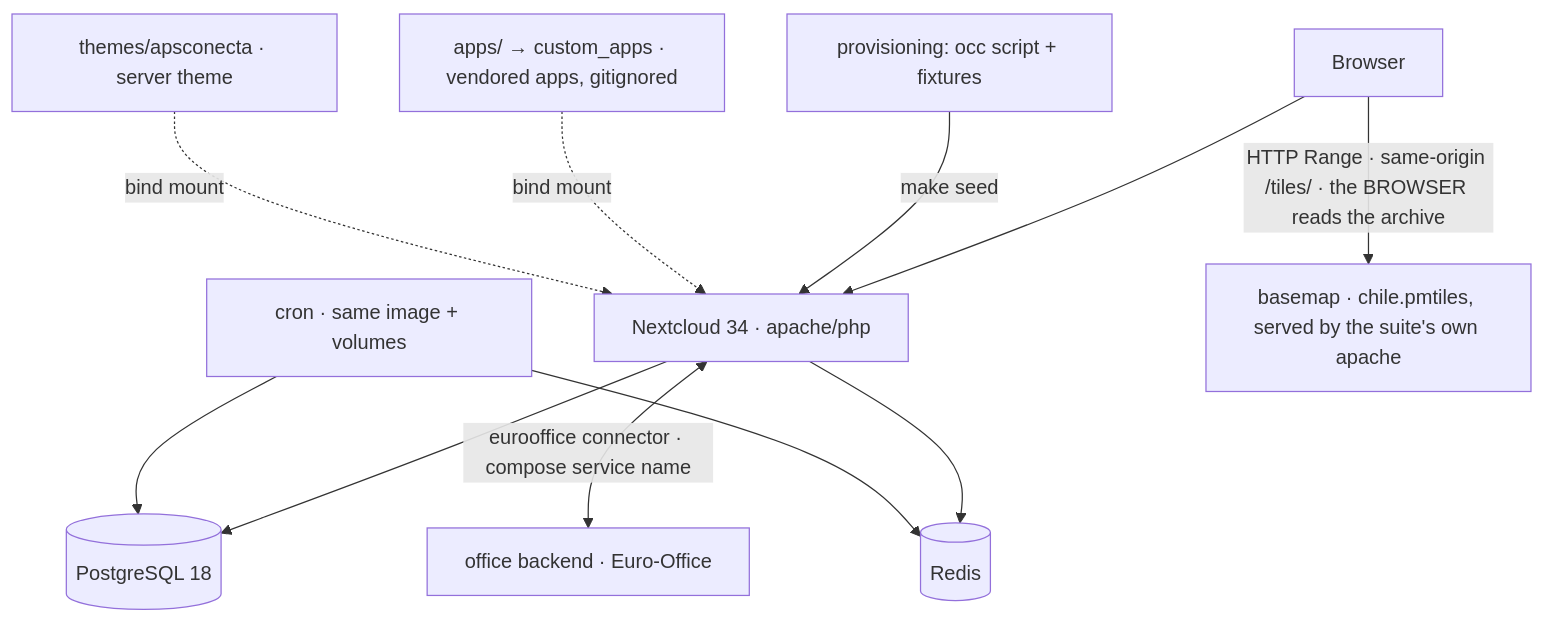
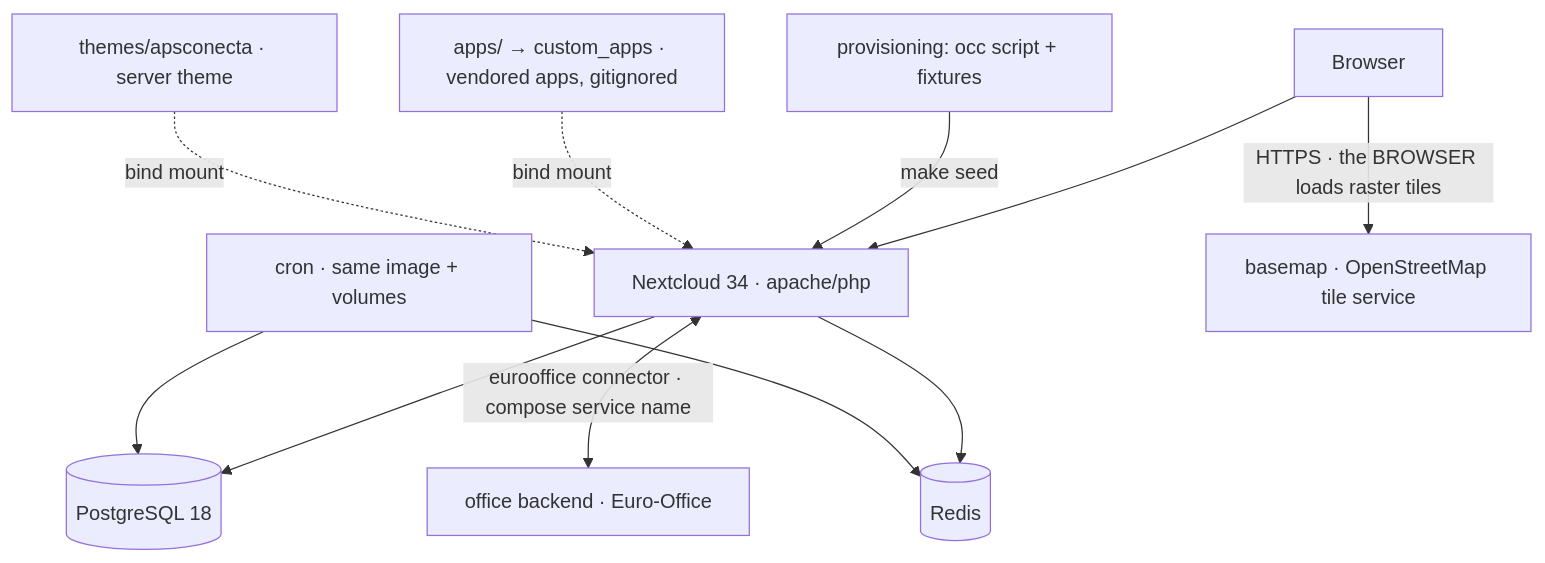
Before and after one commit to APS-Conecta/gestion: the first of 2 diagrams in docs/ARCHITECTURE.md, drawn with Mermaid. The commit also changed other lines of this file and 7 other files, not shown here.

First line of the commit message:
docs: the basemap is OpenStreetMap's tile service, not a self-hosted archive

````diff
--- a/docs/ARCHITECTURE.md
+++ b/docs/ARCHITECTURE.md
@@ -74,13 +74,13 @@
 ```mermaid
 graph TD
   B[Browser] --> NC[Nextcloud 34 · apache/php]
   NC --> PG[(PostgreSQL 18)]
   NC --> R[(Redis)]
   CR[cron · same image + volumes] --> PG
   CR --> R
   NC <-->|eurooffice connector · compose service name| C[office backend · Euro-Office]
-  B -->|HTTP Range · same-origin /tiles/ · the BROWSER reads the archive| TI[basemap · chile.pmtiles, served by the suite's own apache]
+  B -->|HTTPS · the BROWSER loads raster tiles| TI[basemap · OpenStreetMap tile service]
   PROV[provisioning: occ script + fixtures] -->|make seed| NC
   A[apps/ → custom_apps · vendored apps, gitignored] -.bind mount.-> NC
   T[themes/apsconecta · server theme] -.bind mount.-> NC
 ```
````
